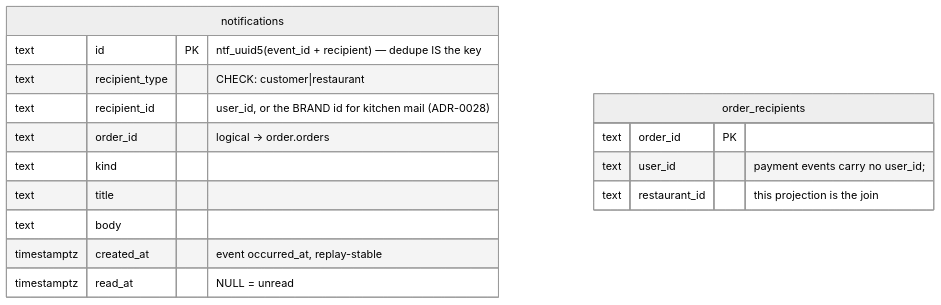
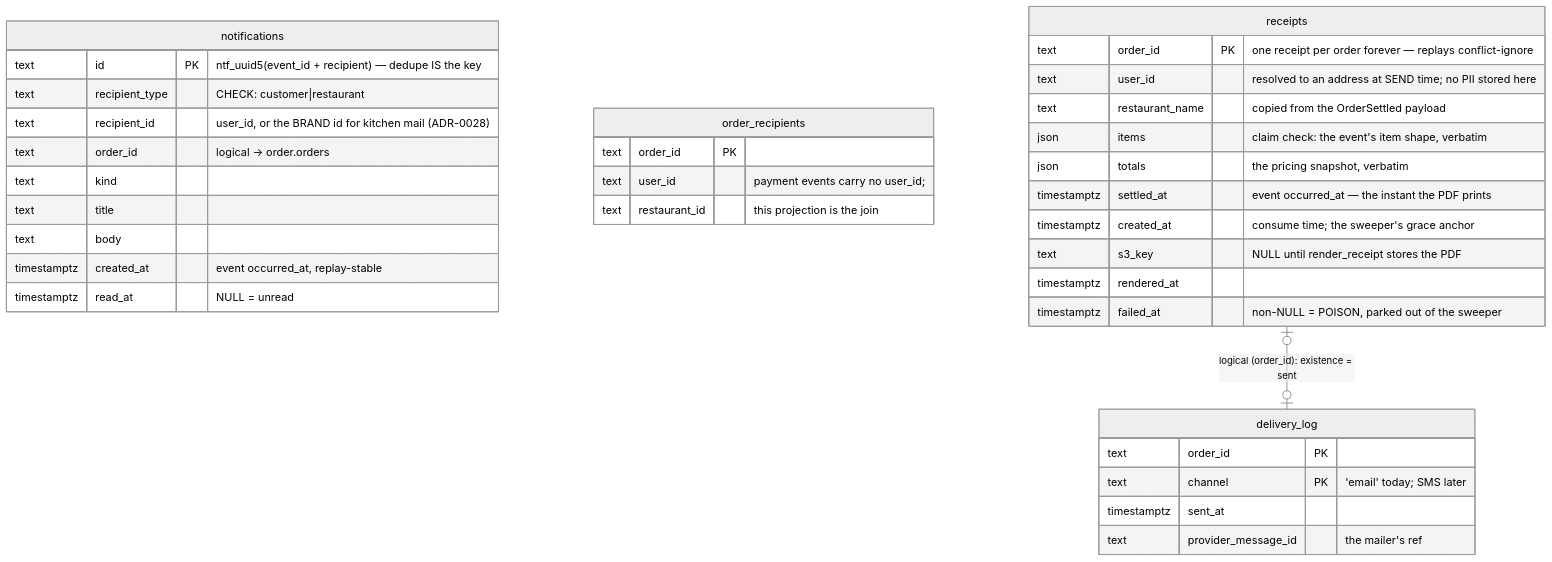
Before and after one commit to Aizazahmed-7/SmartFoodOps: the sixth of 7 diagrams in docs/erd.md, drawn with Mermaid (neutral theme). The commit also changed other lines of this file, not shown here.

Commit message:
update ERD

````diff
--- a/docs/erd.md
+++ b/docs/erd.md
@@ -428,19 +428,38 @@
 ```mermaid
 erDiagram
     notifications {
         text id PK "ntf_uuid5(event_id + recipient) — dedupe IS the key"
         text recipient_type "CHECK: customer|restaurant"
         text recipient_id "user_id, or the BRAND id for kitchen mail (ADR-0028)"
         text order_id "logical -> order.orders"
         text kind
         text title
         text body
         timestamptz created_at "event occurred_at, replay-stable"
         timestamptz read_at "NULL = unread"
     }
     order_recipients {
         text order_id PK
         text user_id "payment events carry no user_id;"
         text restaurant_id "this projection is the join"
     }
+    receipts {
+        text order_id PK "one receipt per order forever — replays conflict-ignore"
+        text user_id "resolved to an address at SEND time; no PII stored here"
+        text restaurant_name "copied from the OrderSettled payload"
+        json items "claim check: the event's item shape, verbatim"
+        json totals "the pricing snapshot, verbatim"
+        timestamptz settled_at "event occurred_at — the instant the PDF prints"
+        timestamptz created_at "consume time; the sweeper's grace anchor"
+        text s3_key "NULL until render_receipt stores the PDF"
+        timestamptz rendered_at
+        timestamptz failed_at "non-NULL = POISON, parked out of the sweeper"
+    }
+    delivery_log {
+        text order_id PK
+        text channel PK "'email' today; SMS later"
+        timestamptz sent_at
+        text provider_message_id "the mailer's ref"
+    }
+    receipts |o--o| delivery_log : "logical (order_id): existence = sent"
 ```
````
